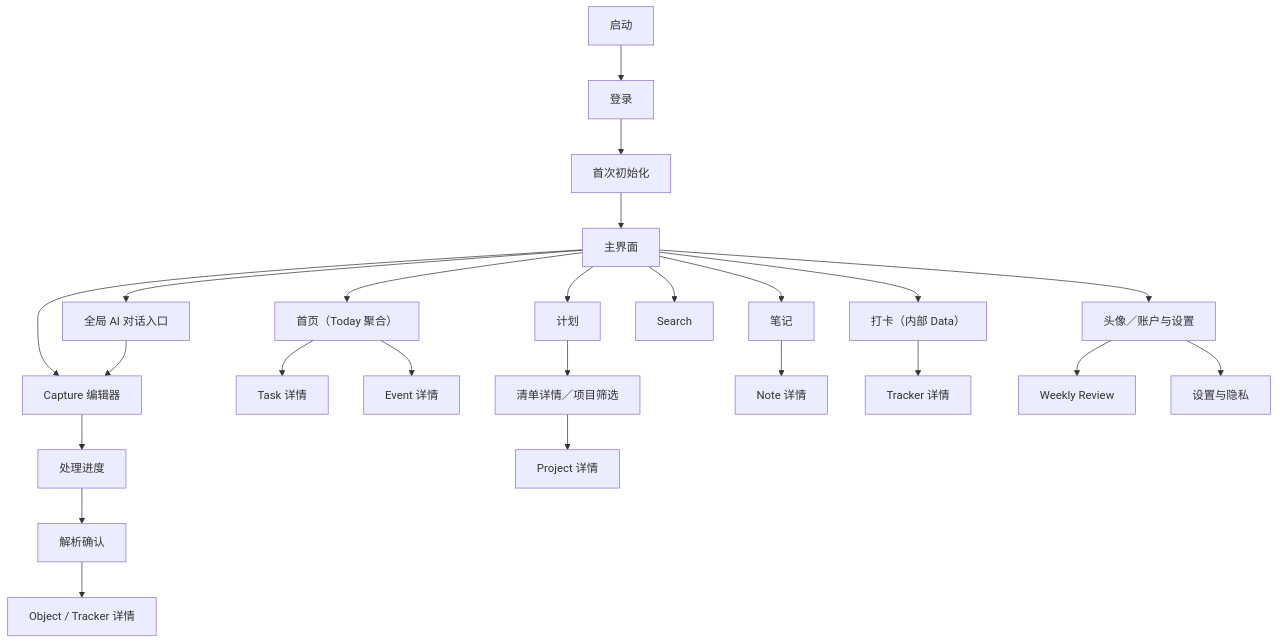
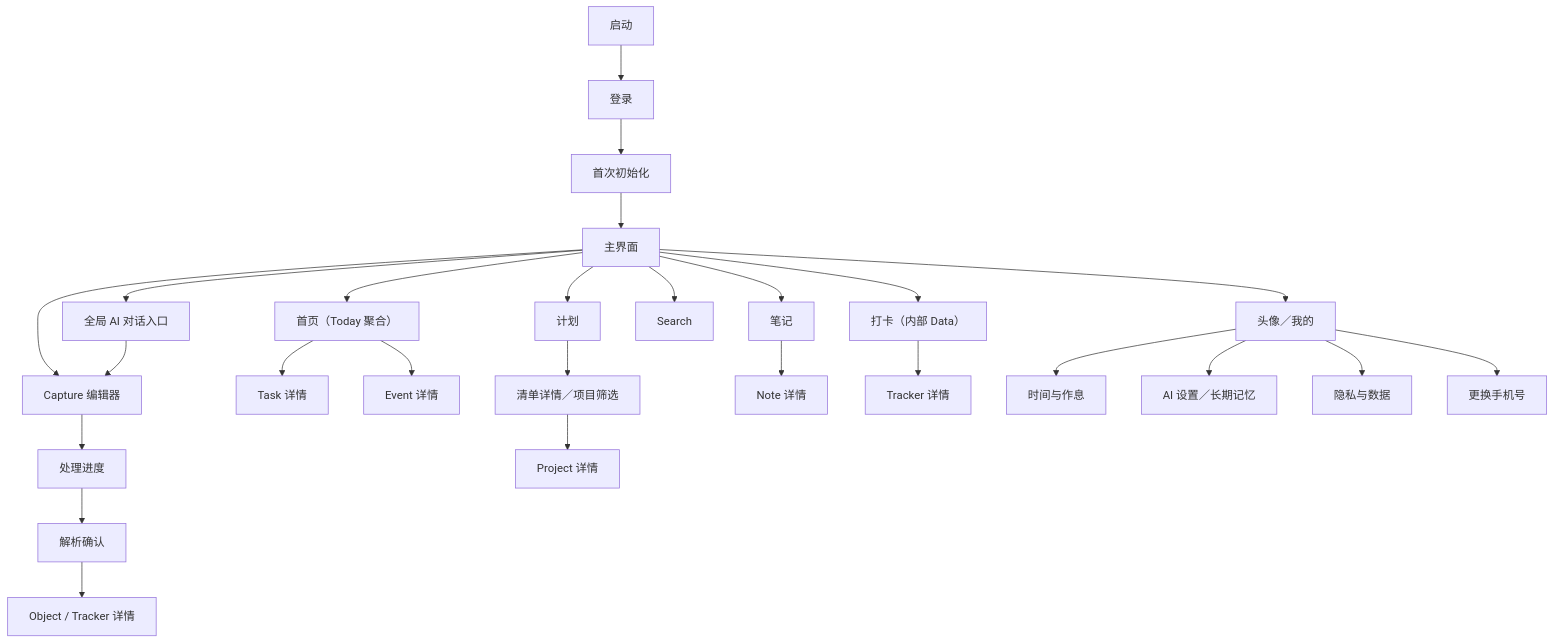
The first of 2 diagrams in docs/产品设计说明.md (xiaoguo123456/steward), drawn with Mermaid before and after one commit. The commit also changed other lines of this file and 22 other files, not shown here.

````diff
--- a/docs/产品设计说明.md
+++ b/docs/产品设计说明.md
@@ -105,26 +105,28 @@
 ```mermaid
 flowchart TD
     A["启动"] --> B["登录"]
     B --> C["首次初始化"]
     C --> D["主界面"]
     D --> T["首页（Today 聚合）"]
     D --> L["计划"]
     D --> N["笔记"]
     D --> DA["打卡（内部 Data）"]
     D --> S["Search"]
     D --> CAP["Capture 编辑器"]
     D --> AIQ["全局 AI 对话入口"]
     AIQ --> CAP
     CAP --> PRO["处理进度"]
     PRO --> CON["解析确认"]
     CON --> OD["Object / Tracker 详情"]
     T --> TD["Task 详情"]
     T --> ED["Event 详情"]
     L --> P["清单详情／项目筛选"]
     P --> PD["Project 详情"]
     N --> ND["Note 详情"]
     DA --> TR["Tracker 详情"]
-    D --> ACC["头像／账户与设置"]
-    ACC --> WR["Weekly Review"]
-    ACC --> SET["设置与隐私"]
+    D --> ACC["头像／我的"]
+    ACC --> PREF["时间与作息"]
+    ACC --> AISET["AI 设置／长期记忆"]
+    ACC --> PRIV["隐私与数据"]
+    ACC --> PHONE["更换手机号"]
 ```
````
